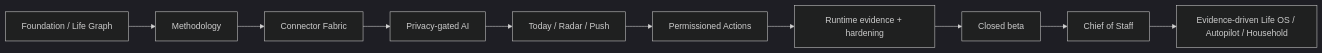
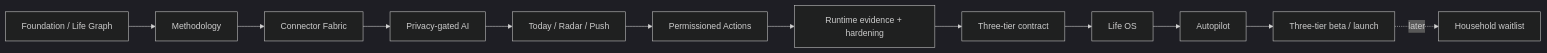
One commit to seq23/aplayer-mode changed the second of 2 diagrams in docs/README.md. Above: the diagram before and after it, drawn with Mermaid (dark theme).

Commit message:
docs: update program picture for three tiers

````diff
--- a/docs/README.md
+++ b/docs/README.md
@@ -84,12 +84,14 @@
 ```mermaid
 flowchart LR
   BASE[Foundation / Life Graph] --> METHOD[Methodology]
   METHOD --> CONNECT[Connector Fabric]
   CONNECT --> AI[Privacy-gated AI]
   AI --> PROACTIVE[Today / Radar / Push]
   PROACTIVE --> ACTIONS[Permissioned Actions]
   ACTIONS --> PROOF[Runtime evidence + hardening]
-  PROOF --> BETA[Closed beta]
-  BETA --> PAID[Chief of Staff]
-  PAID --> LIFE[Evidence-driven Life OS / Autopilot / Household]
+  PROOF --> TIER[Three-tier contract]
+  TIER --> LIFE[Life OS]
+  LIFE --> AUTO[Autopilot]
+  AUTO --> BETA[Three-tier beta / launch]
+  BETA -. later .-> HOUSE[Household waitlist]
 ```
````
